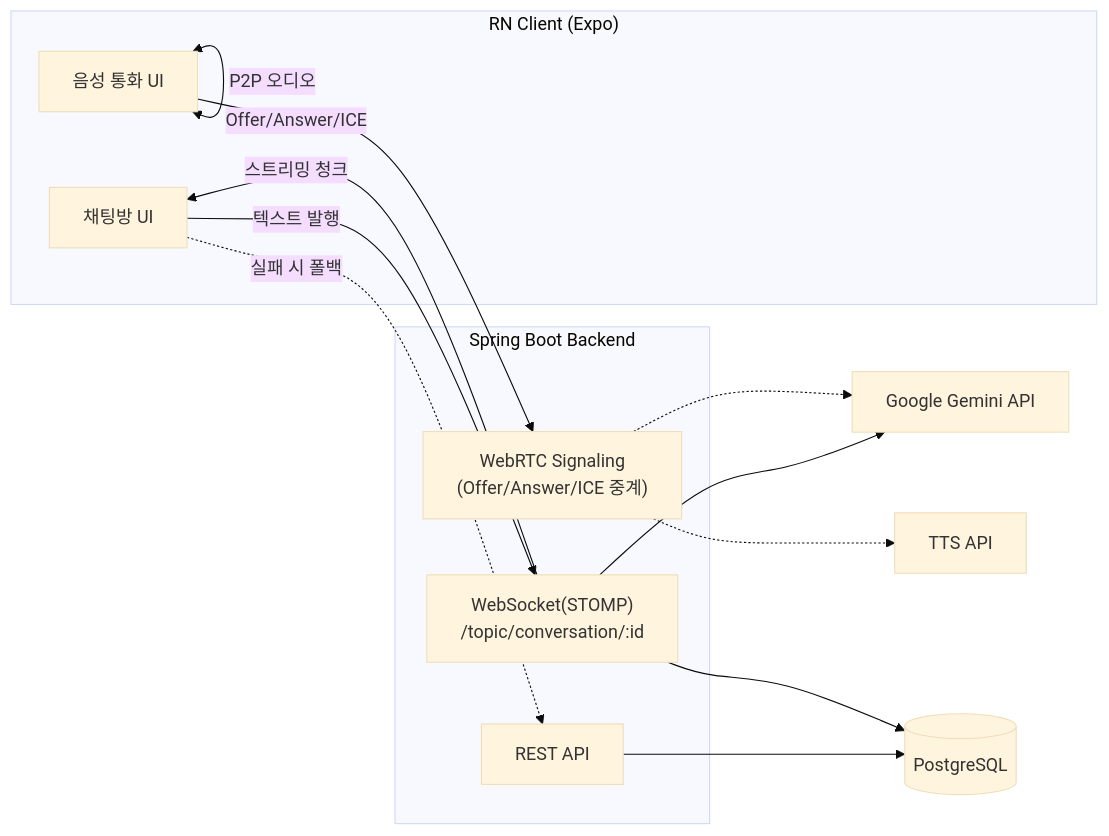
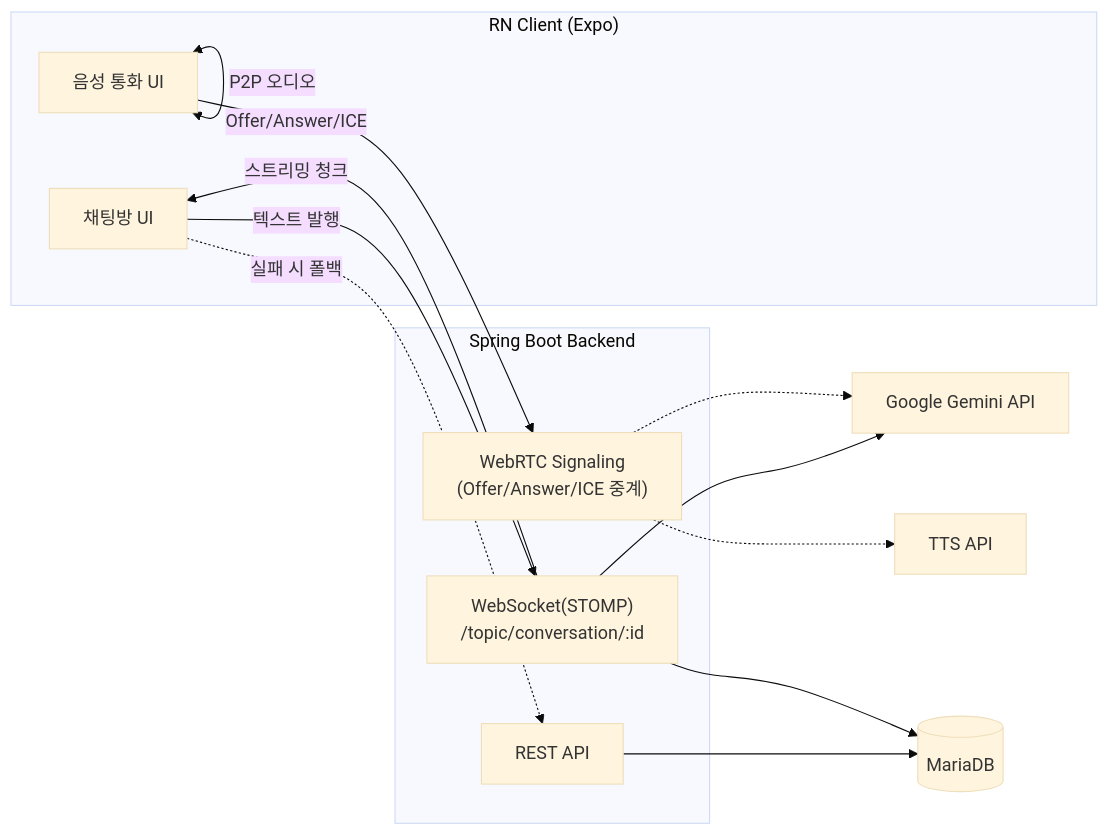
Before and after one commit to UiHyungZo/storia-story-chat: the second of 2 diagrams in docs/architecture/README.md, drawn with Mermaid (base theme). The commit also changed other lines of this file and 1 other file, not shown here.

Commit message:
docs: update ERD and architecture diagrams for MariaDB/story_character

````diff
--- a/docs/architecture/README.md
+++ b/docs/architecture/README.md
@@ -18,30 +18,30 @@
 ```mermaid
 flowchart LR
     subgraph Client["RN Client (Expo)"]
         Chat["채팅방 UI"]
         Call["음성 통화 UI"]
     end
 
     subgraph Backend["Spring Boot Backend"]
         WS["WebSocket(STOMP)\n/topic/conversation/:id"]
         Signal["WebRTC Signaling\n(Offer/Answer/ICE 중계)"]
         REST["REST API"]
     end
 
     Gemini["Google Gemini API"]
     TTS["TTS API"]
-    DB[("PostgreSQL")]
+    DB[("MariaDB")]
 
     Chat -->|"텍스트 발행"| WS
     WS -->|"스트리밍 청크"| Chat
     WS --> Gemini
     Chat -.->|"실패 시 폴백"| REST
 
     Call -->|"Offer/Answer/ICE"| Signal
     Call <-->|"P2P 오디오"| Call
     Signal -.-> Gemini
     Signal -.-> TTS
 
     REST --> DB
     WS --> DB
 ```
````
